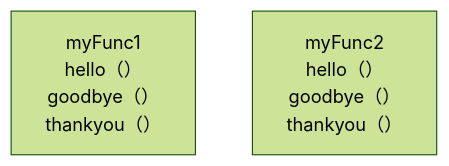
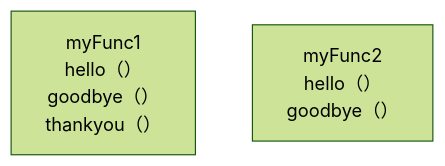
One commit to kazuki235/layer-test changed the first of 2 diagrams in README.md. Above: the diagram before and after it, drawn with Mermaid (forest theme).

````diff
--- a/README.md
+++ b/README.md
@@ -5,5 +5,5 @@
 ```mermaid
 flowchart TD
     AA[myFunc1<br>hello（）<br>goodbye（）<br>thankyou（）]
-    AB[myFunc2<br>hello（）<br>goodbye（）<br>thankyou（）]
+    AB[myFunc2<br>hello（）<br>goodbye（）]
 ```
````
